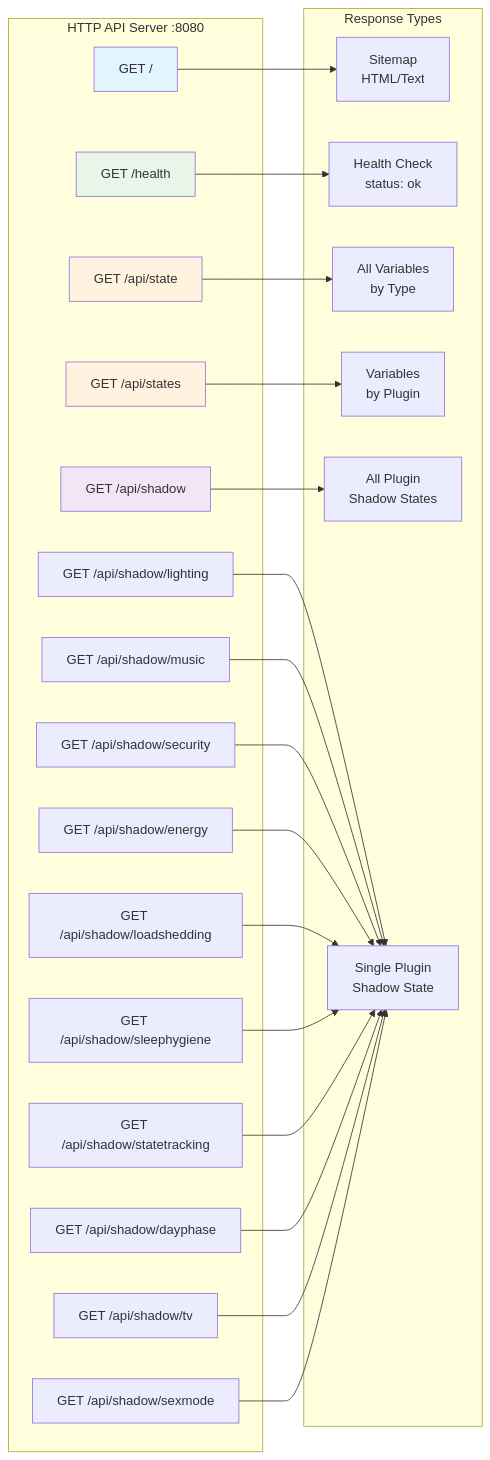
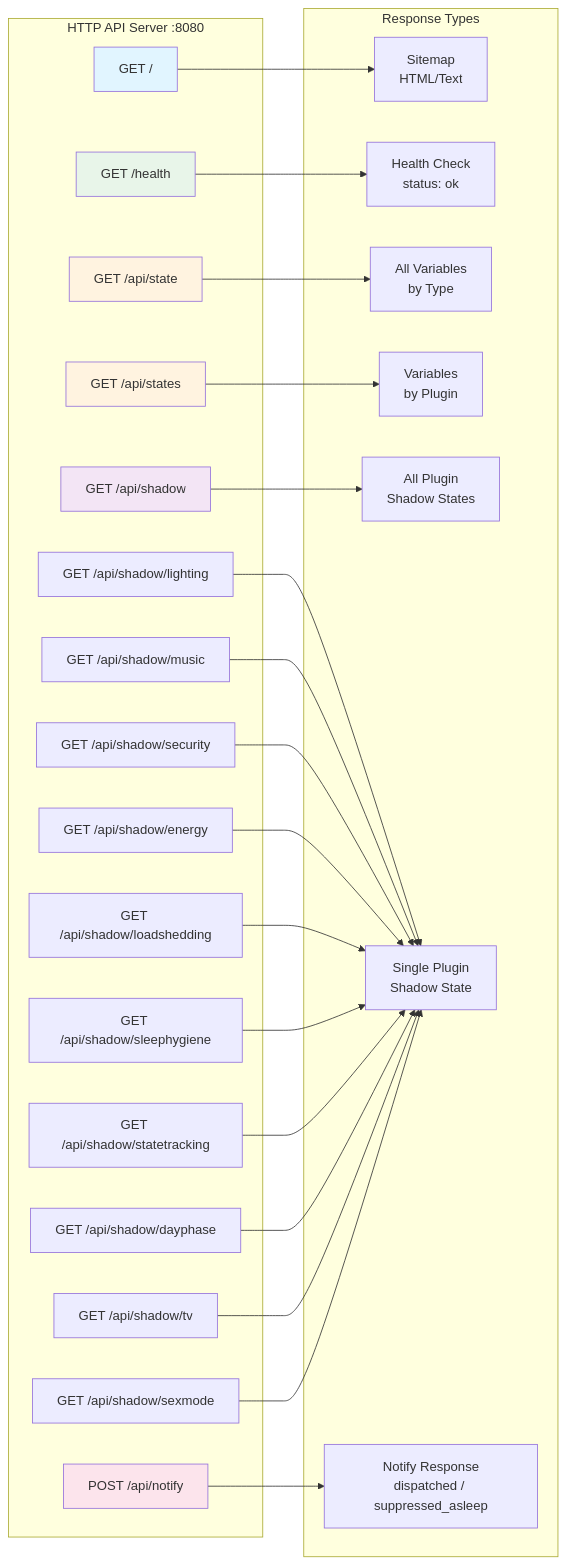
One commit to NickBorgers/home-automation changed the eighth of 14 diagrams in docs/human/VISUAL_ARCHITECTURE.md. Above: the diagram before and after it, drawn with Mermaid. The commit also changed other lines of this file and 3 other files, not shown here.

````diff
--- a/docs/human/VISUAL_ARCHITECTURE.md
+++ b/docs/human/VISUAL_ARCHITECTURE.md
@@ -518,51 +518,55 @@
 ```mermaid
 graph LR
     subgraph "HTTP API Server :8080"
         Root["GET /"]
         Health["GET /health"]
         State["GET /api/state"]
         States["GET /api/states"]
         Shadow["GET /api/shadow"]
         ShadowLighting["GET /api/shadow/lighting"]
         ShadowMusic["GET /api/shadow/music"]
         ShadowSecurity["GET /api/shadow/security"]
         ShadowEnergy["GET /api/shadow/energy"]
         ShadowLoadShed["GET /api/shadow/loadshedding"]
         ShadowSleep["GET /api/shadow/sleephygiene"]
         ShadowState["GET /api/shadow/statetracking"]
         ShadowDayPhase["GET /api/shadow/dayphase"]
         ShadowTV["GET /api/shadow/tv"]
         ShadowSexMode["GET /api/shadow/sexmode"]
+        Notify["POST /api/notify"]
     end
 
     subgraph "Response Types"
         Sitemap[Sitemap<br/>HTML/Text]
         HealthCheck["Health Check<br/>status: ok"]
         AllState[All Variables<br/>by Type]
         ByPlugin[Variables<br/>by Plugin]
         AllShadow[All Plugin<br/>Shadow States]
         PluginShadow[Single Plugin<br/>Shadow State]
+        NotifyResp["Notify Response<br/>dispatched / suppressed_asleep"]
     end
 
     Root --> Sitemap
     Health --> HealthCheck
     State --> AllState
     States --> ByPlugin
     Shadow --> AllShadow
     ShadowLighting --> PluginShadow
     ShadowMusic --> PluginShadow
     ShadowSecurity --> PluginShadow
     ShadowEnergy --> PluginShadow
     ShadowLoadShed --> PluginShadow
     ShadowSleep --> PluginShadow
     ShadowState --> PluginShadow
     ShadowDayPhase --> PluginShadow
     ShadowTV --> PluginShadow
     ShadowSexMode --> PluginShadow
+    Notify --> NotifyResp
 
     style Root fill:#e1f5ff
     style Health fill:#e8f5e9
     style State fill:#fff3e0
     style States fill:#fff3e0
     style Shadow fill:#f3e5f5
+    style Notify fill:#fce4ec
 ```
````
